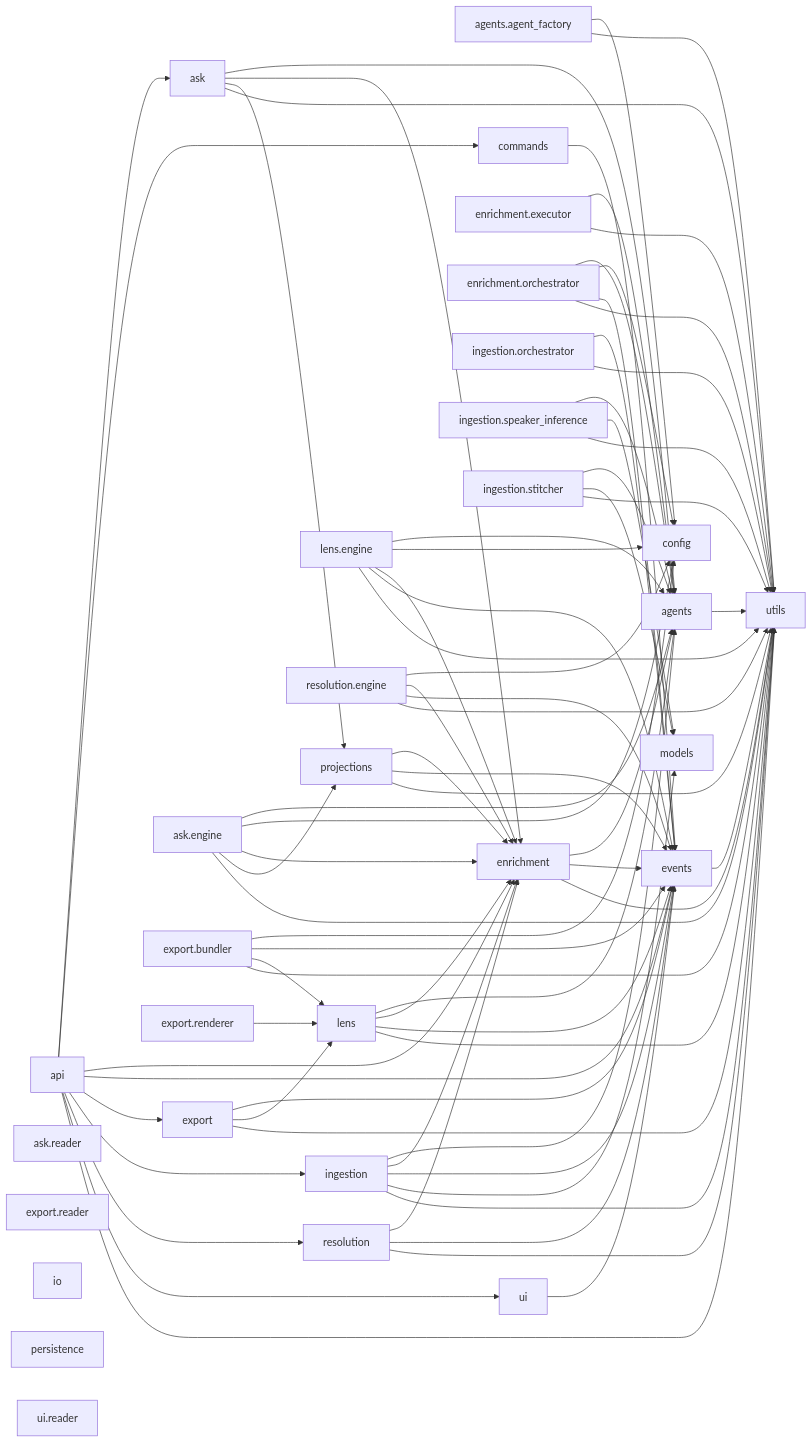
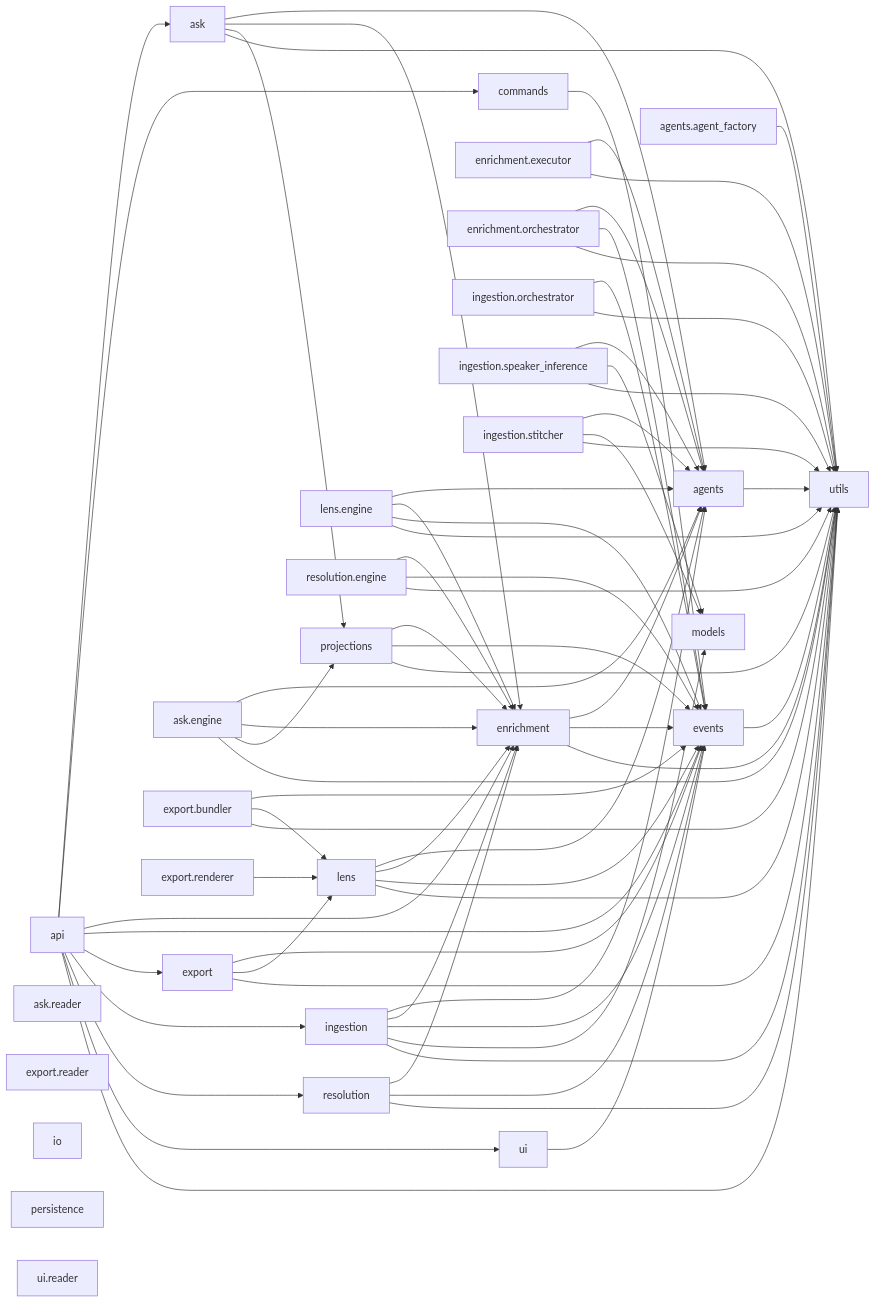
Before and after one commit to DigitalCowboyN/interview_analyzer_chaining: the diagram in docs/code/pipeline.md, drawn with Mermaid. The commit also changed 4 other files, not shown here.

````diff
--- a/docs/code/pipeline.md
+++ b/docs/code/pipeline.md
@@ -3,7 +3,6 @@
 ```mermaid
 graph LR
     agents --> utils
-    agents.agent_factory --> config
     agents.agent_factory --> utils
     api --> ask
     api --> commands
@@ -19,7 +18,6 @@
     ask --> projections
     ask --> utils
     ask.engine --> agents
-    ask.engine --> config
     ask.engine --> enrichment
     ask.engine --> projections
     ask.engine --> utils
@@ -31,14 +29,12 @@
     enrichment.executor --> agents
     enrichment.executor --> utils
     enrichment.orchestrator --> agents
-    enrichment.orchestrator --> config
     enrichment.orchestrator --> events
     enrichment.orchestrator --> utils
     events --> utils
     export --> events
     export --> lens
     export --> utils
-    export.bundler --> config
     export.bundler --> events
     export.bundler --> lens
     export.bundler --> utils
@@ -63,7 +59,6 @@
     lens --> events
     lens --> utils
     lens.engine --> agents
-    lens.engine --> config
     lens.engine --> enrichment
     lens.engine --> events
     lens.engine --> utils
@@ -75,7 +70,6 @@
     resolution --> enrichment
     resolution --> events
     resolution --> utils
-    resolution.engine --> config
     resolution.engine --> enrichment
     resolution.engine --> events
     resolution.engine --> utils
````
